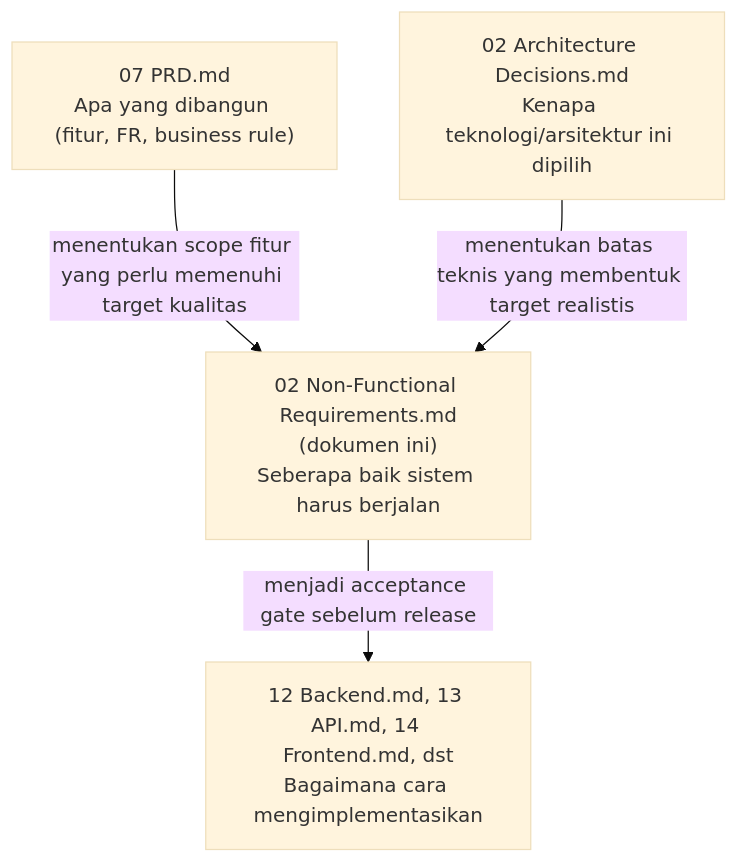
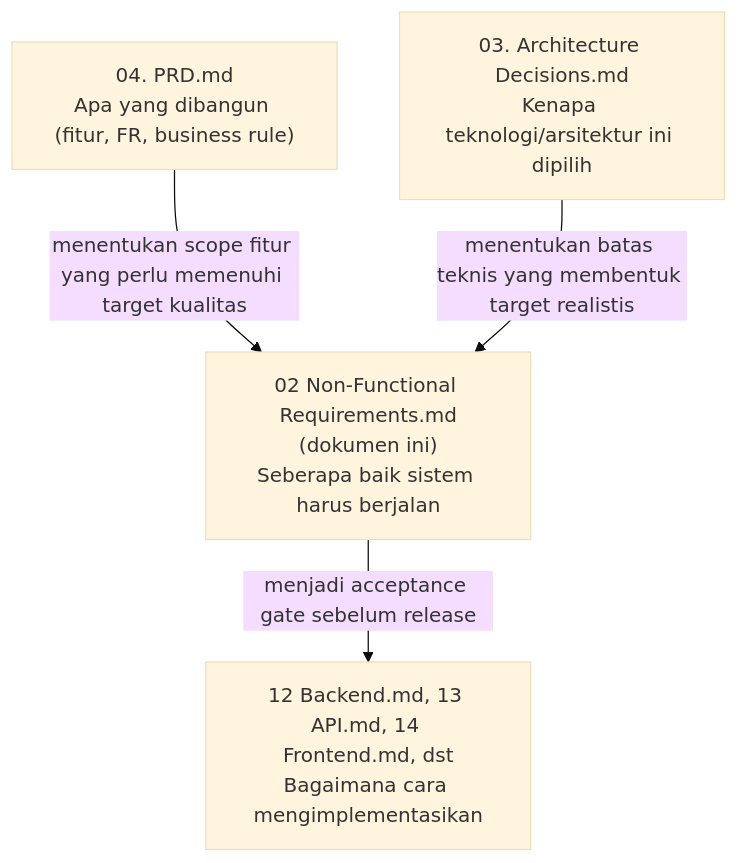
One commit to CodeByAbi/Nuxio changed the diagram in docs/02 Non-Functional Requirements.md. Above: the diagram before and after it, drawn with Mermaid (base theme). The commit also changed other lines of this file and 14 other files, not shown here.

Commit message:
docs: update system documentation to Supabase-based architecture

````diff
--- a/docs/02 Non-Functional Requirements.md
+++ b/docs/02 Non-Functional Requirements.md
@@ -35,11 +35,11 @@
 ```mermaid
 flowchart TB
-    PRD["07 PRD.md\nApa yang dibangun (fitur, FR, business rule)"]
-    ADR["02 Architecture Decisions.md\nKenapa teknologi/arsitektur ini dipilih"]
+    PRD["04. PRD.md\nApa yang dibangun (fitur, FR, business rule)"]
+    ADR["03. Architecture Decisions.md\nKenapa teknologi/arsitektur ini dipilih"]
     NFR["02 Non-Functional Requirements.md\n(dokumen ini)\nSeberapa baik sistem harus berjalan"]
     IMPL["12 Backend.md, 13 API.md, 14 Frontend.md, dst\nBagaimana cara mengimplementasikan"]
 
     PRD -->|menentukan scope fitur yang perlu memenuhi target kualitas| NFR
     ADR -->|menentukan batas teknis yang membentuk target realistis| NFR
     NFR -->|menjadi acceptance gate sebelum release| IMPL
 ```
````
